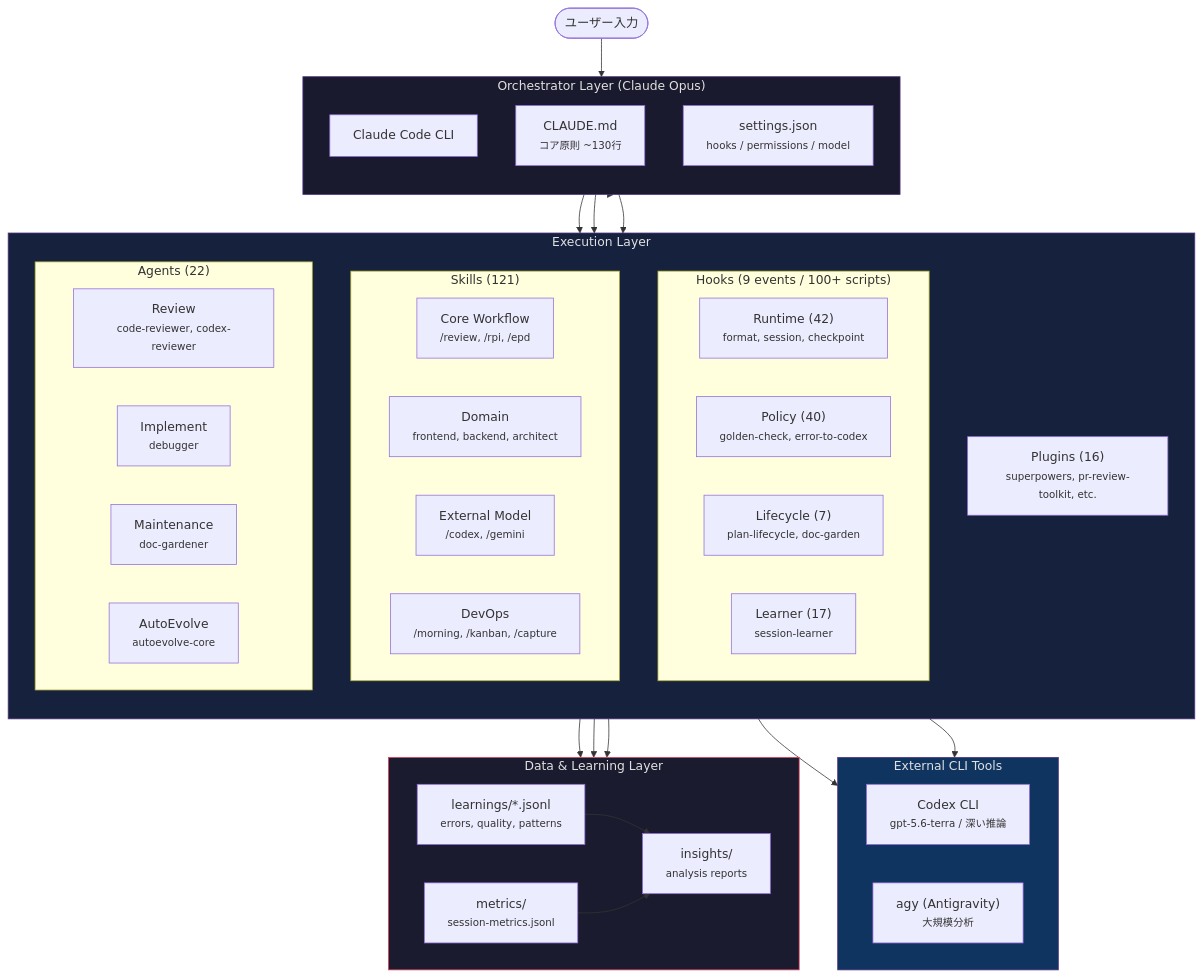
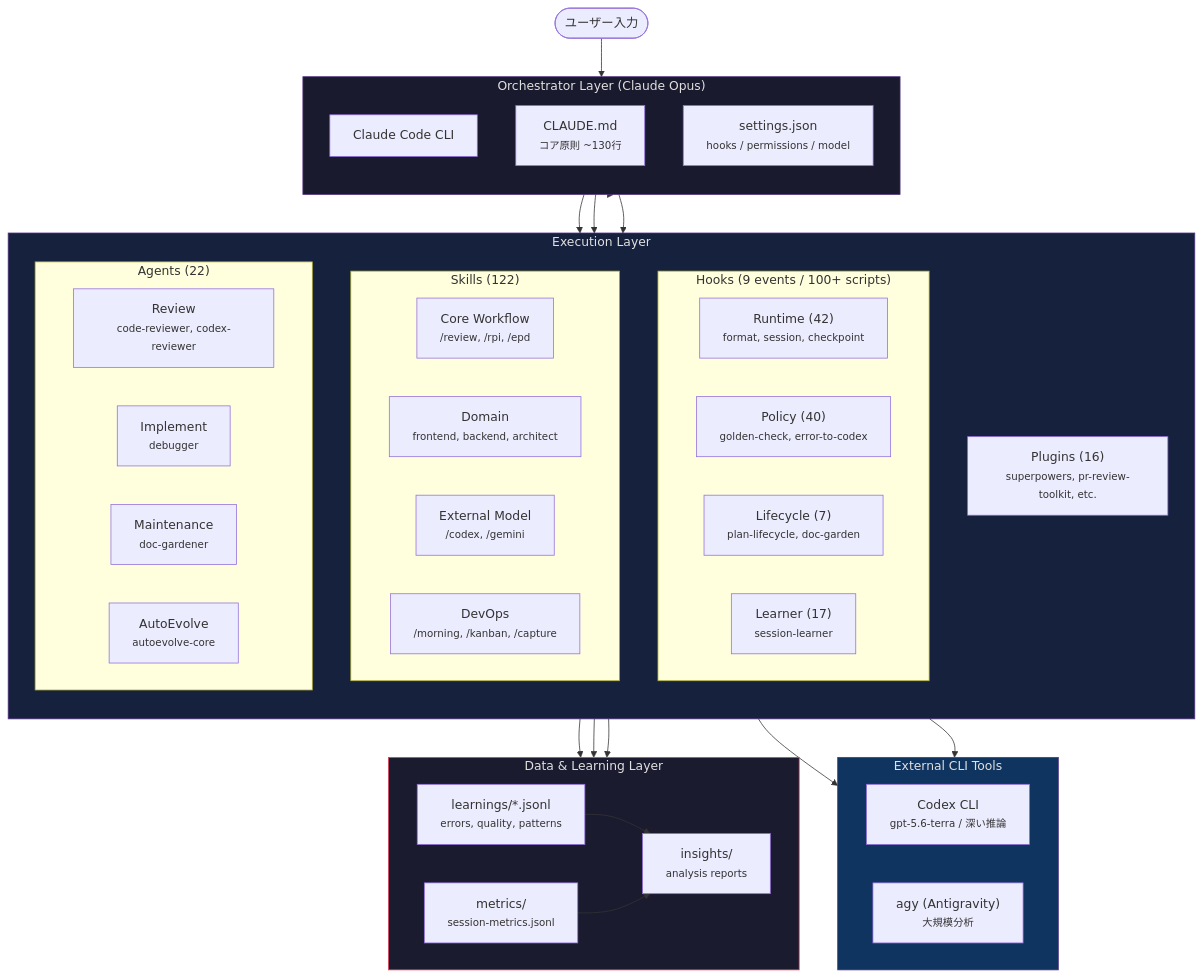
Before and after one commit to takeuchi-shogo/dotfiles: the first of 3 diagrams in .config/claude/README.md, drawn with Mermaid. The commit also changed other lines of this file and 12 other files, not shown here.

````diff
--- a/.config/claude/README.md
+++ b/.config/claude/README.md
@@ -28,71 +28,71 @@
 ```mermaid
 graph TB
     User([ユーザー入力])
 
     subgraph orchestrator["Orchestrator Layer (Claude Opus)"]
         direction TB
         CC[Claude Code CLI]
         CLAUDE_MD["CLAUDE.md<br><small>コア原則 ~130行</small>"]
         SETTINGS["settings.json<br><small>hooks / permissions / model</small>"]
     end
 
     subgraph execution["Execution Layer"]
         direction TB
         subgraph hooks_box["Hooks (9 events / 100+ scripts)"]
             direction LR
             H_RT["Runtime (42)<br><small>format, session, checkpoint</small>"]
             H_PO["Policy (40)<br><small>golden-check, error-to-codex</small>"]
             H_LC["Lifecycle (7)<br><small>plan-lifecycle, doc-garden</small>"]
             H_LR["Learner (17)<br><small>session-learner</small>"]
         end
 
-        subgraph skills_box["Skills (121)"]
+        subgraph skills_box["Skills (122)"]
             direction LR
             SK_CORE["Core Workflow<br><small>/review, /rpi, /epd</small>"]
             SK_DOMAIN["Domain<br><small>frontend, backend, architect</small>"]
             SK_EXT["External Model<br><small>/codex, /gemini</small>"]
             SK_OPS["DevOps<br><small>/morning, /kanban, /capture</small>"]
         end
 
         subgraph agents_box["Agents (22)"]
             direction LR
             AG_REV["Review<br><small>code-reviewer, codex-reviewer</small>"]
             AG_IMPL["Implement<br><small>debugger</small>"]
             AG_MAINT["Maintenance<br><small>doc-gardener</small>"]
             AG_EVOLVE["AutoEvolve<br><small>autoevolve-core</small>"]
         end
 
         PLUGINS["Plugins (16)<br><small>superpowers, pr-review-toolkit, etc.</small>"]
     end
 
     subgraph external["External CLI Tools"]
         direction LR
         CODEX["Codex CLI<br><small>gpt-5.6-terra / 深い推論</small>"]
         GEMINI["agy (Antigravity)<br><small>大規模分析</small>"]
     end
 
     subgraph data["Data & Learning Layer"]
         direction LR
         LEARNINGS["learnings/*.jsonl<br><small>errors, quality, patterns</small>"]
         METRICS["metrics/<br><small>session-metrics.jsonl</small>"]
         INSIGHTS["insights/<br><small>analysis reports</small>"]
     end
 
     User --> CC
     CC --> hooks_box
     CC --> skills_box
     CC --> agents_box
     CC --> PLUGINS
     SK_EXT --> CODEX
     SK_EXT --> GEMINI
     AG_EVOLVE --> LEARNINGS
     H_LR --> LEARNINGS
     H_PO --> LEARNINGS
     LEARNINGS --> INSIGHTS
     METRICS --> INSIGHTS
 
     style orchestrator fill:#1a1a2e,stroke:#533483,color:#e0e0e0
     style execution fill:#16213e,stroke:#533483,color:#e0e0e0
     style external fill:#0f3460,stroke:#533483,color:#e0e0e0
     style data fill:#1b1b2f,stroke:#e94560,color:#e0e0e0
 ```
````
